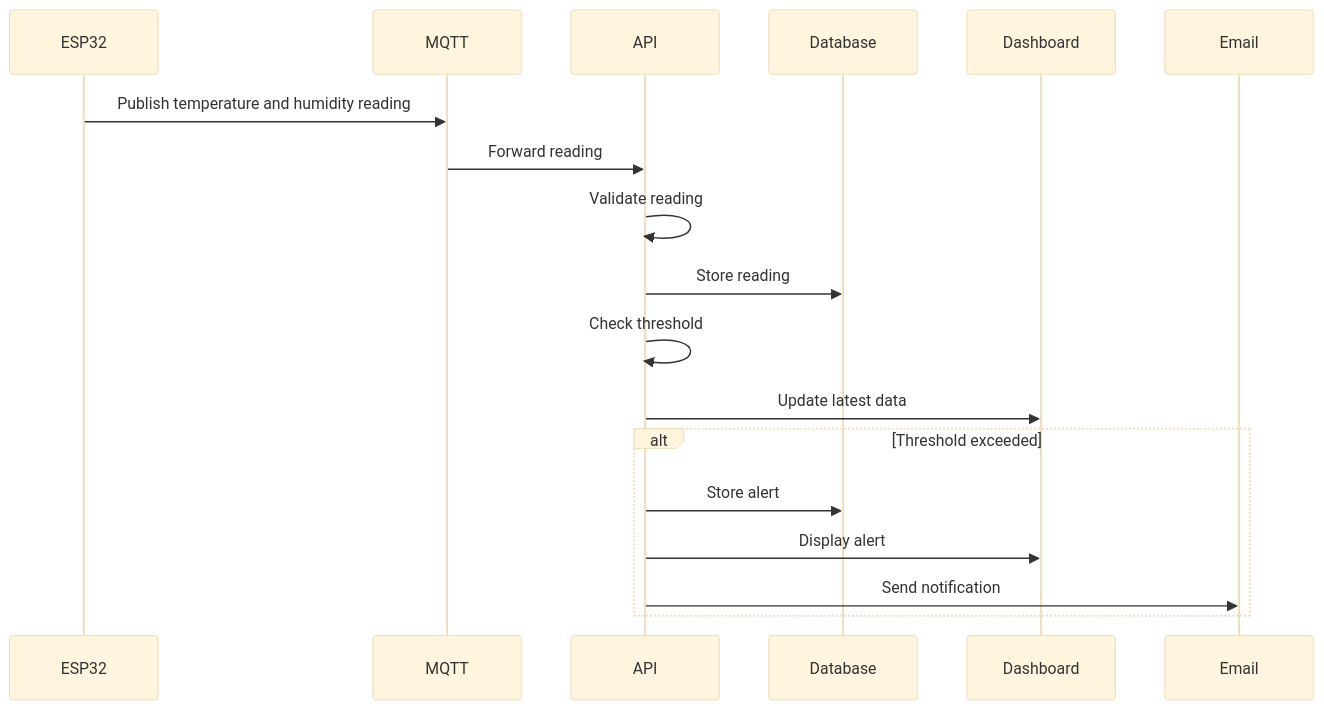
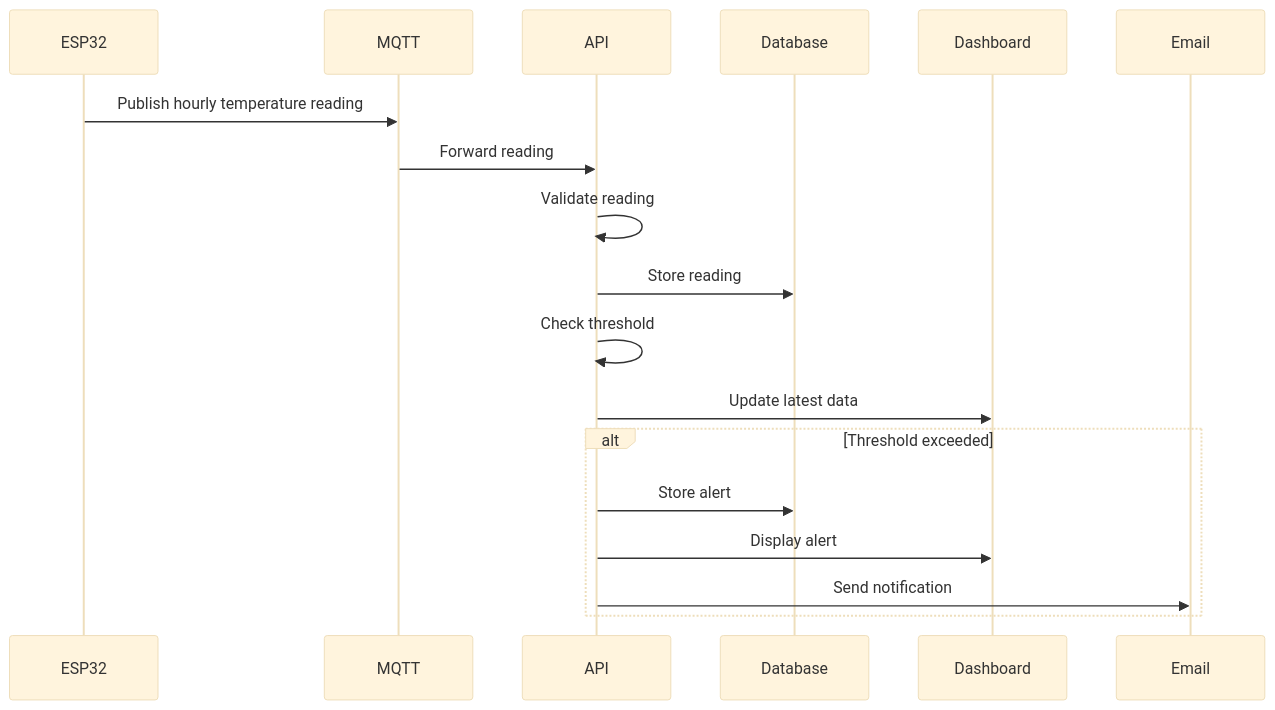
The second of 2 diagrams in Stage 3/4. Document External and Internal APIs/API Documentation.md (rabea14180-max/Portfolio-Project), drawn with Mermaid (base theme) before and after one commit. The commit also changed other lines of this file, not shown here.

First line of the commit message:
Revise API documentation for temperature readings

````diff
--- a/Stage 3/4. Document External and Internal APIs/API Documentation.md
+++ b/Stage 3/4. Document External and Internal APIs/API Documentation.md
@@ -79,22 +78,22 @@
 ```mermaid
 sequenceDiagram
     participant ESP32
     participant MQTT
     participant API
     participant Database
     participant Dashboard
     participant Email
 
-    ESP32->>MQTT: Publish temperature and humidity reading
+    ESP32->>MQTT: Publish hourly temperature reading
     MQTT->>API: Forward reading
     API->>API: Validate reading
     API->>Database: Store reading
     API->>API: Check threshold
     API->>Dashboard: Update latest data
 
     alt Threshold exceeded
         API->>Database: Store alert
         API->>Dashboard: Display alert
         API->>Email: Send notification
     end
 ```
````
